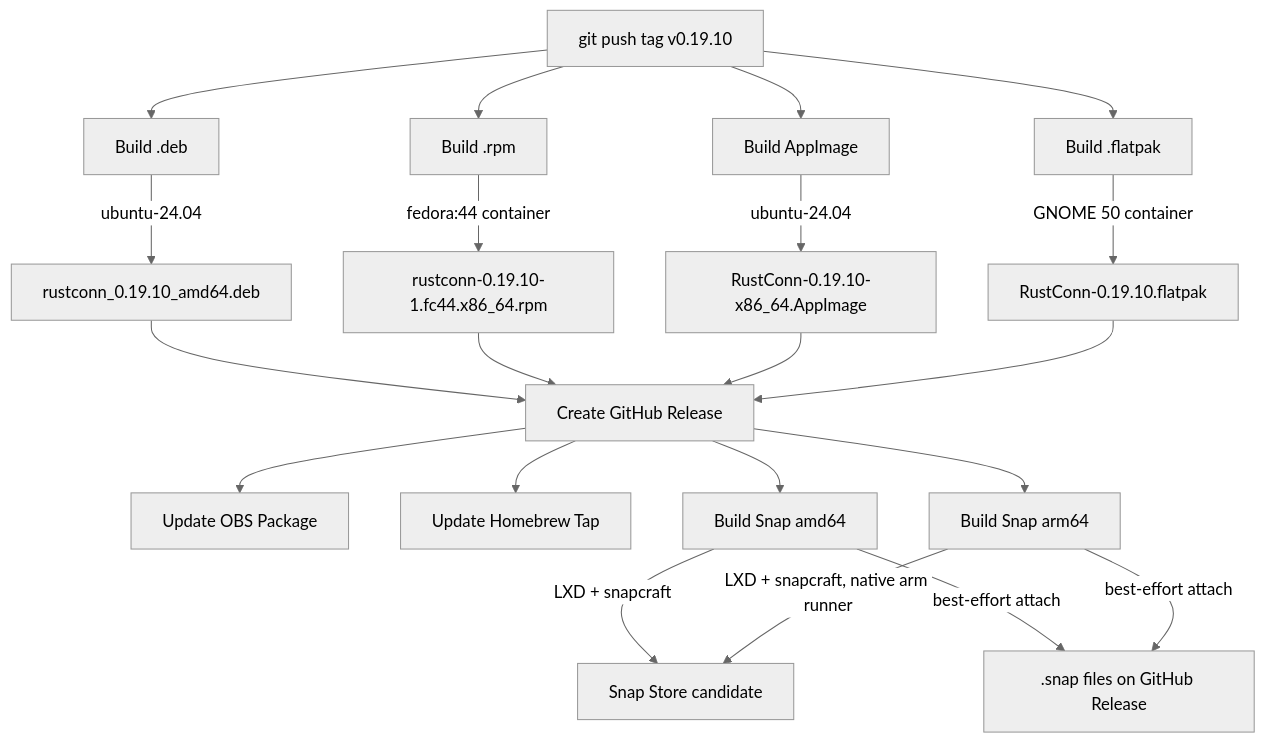
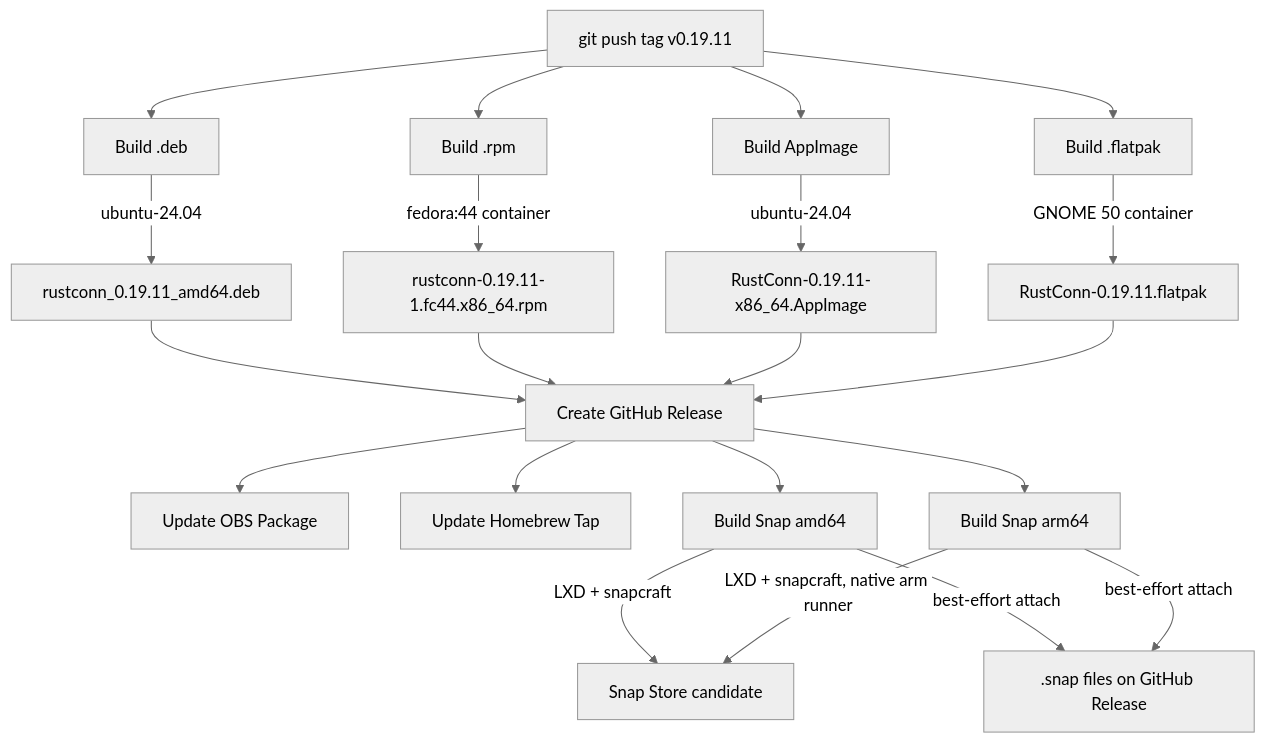
One commit to philclifford/RustConn changed the third of 6 diagrams in docs/CI_BUILD_FLOW.md. Above: the diagram before and after it, drawn with Mermaid (neutral theme). The commit also changed other lines of this file and 65 other files, not shown here.

````diff
--- a/docs/CI_BUILD_FLOW.md
+++ b/docs/CI_BUILD_FLOW.md
@@ -67,26 +67,26 @@
 ```mermaid
 graph TD
-    Tag[git push tag v0.19.10] --> BuildDeb[Build .deb]
+    Tag[git push tag v0.19.11] --> BuildDeb[Build .deb]
     Tag --> BuildRPM[Build .rpm]
     Tag --> BuildAppImage[Build AppImage]
     Tag --> BuildFlatpak[Build .flatpak]
 
-    BuildDeb --> |ubuntu-24.04| DebArtifact[rustconn_0.19.10_amd64.deb]
-    BuildRPM --> |fedora:44 container| RPMArtifact[rustconn-0.19.10-1.fc44.x86_64.rpm]
-    BuildAppImage --> |ubuntu-24.04| AppImageArtifact[RustConn-0.19.10-x86_64.AppImage]
-    BuildFlatpak --> |GNOME 50 container| FlatpakArtifact[RustConn-0.19.10.flatpak]
+    BuildDeb --> |ubuntu-24.04| DebArtifact[rustconn_0.19.11_amd64.deb]
+    BuildRPM --> |fedora:44 container| RPMArtifact[rustconn-0.19.11-1.fc44.x86_64.rpm]
+    BuildAppImage --> |ubuntu-24.04| AppImageArtifact[RustConn-0.19.11-x86_64.AppImage]
+    BuildFlatpak --> |GNOME 50 container| FlatpakArtifact[RustConn-0.19.11.flatpak]
 
     DebArtifact --> Release[Create GitHub Release]
     RPMArtifact --> Release
     AppImageArtifact --> Release
     FlatpakArtifact --> Release
 
     Release --> UpdateOBS[Update OBS Package]
     Release --> Brew[Update Homebrew Tap]
     Release --> SnapAmd64[Build Snap amd64]
     Release --> SnapArm64[Build Snap arm64]
     SnapAmd64 --> |LXD + snapcraft| SnapStore[Snap Store candidate]
     SnapArm64 --> |LXD + snapcraft, native arm runner| SnapStore
     SnapAmd64 --> |best-effort attach| SnapAsset[.snap files on GitHub Release]
     SnapArm64 --> |best-effort attach| SnapAsset
 ```
````
